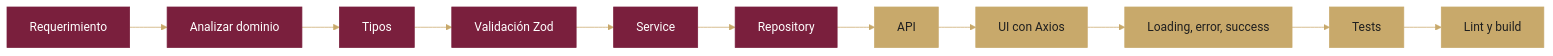
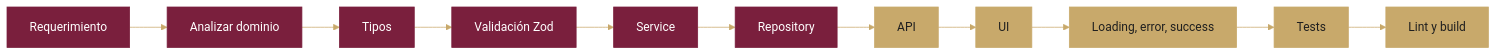
The seventh of 8 diagrams in README.md (LaoraSad/omegaComplex), drawn with Mermaid before and after one commit. The commit also changed other lines of this file and 1 other file, not shown here.

````diff
--- a/README.md
+++ b/README.md
@@ -520,10 +521,10 @@
 ```mermaid
 %%{init: {'theme':'base','themeVariables':{'primaryColor':'#7A1F3D','primaryTextColor':'#F5F5F5','lineColor':'#C8A96B'}}}%%
 flowchart LR
     A[Requerimiento] --> B[Analizar dominio] --> C[Tipos] --> D[Validación Zod] --> E[Service] --> F[Repository]
-    F --> G[API] --> H[UI con Axios] --> I[Loading, error, success] --> J[Tests] --> K[Lint y build]
+    F --> G[API] --> H[UI] --> I[Loading, error, success] --> J[Tests] --> K[Lint y build]
     classDef primary fill:#7A1F3D,color:#fff,stroke:#7A1F3D;
     classDef accent fill:#C8A96B,color:#1F1F1F,stroke:#C8A96B;
     class A,B,C,D,E,F primary;
     class G,H,I,J,K accent;
 ```
````
